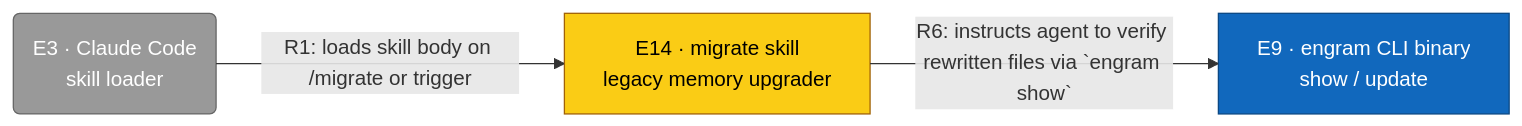
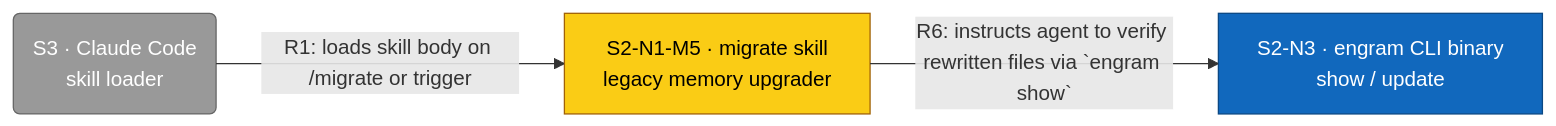
The diagram in architecture/c4/svg/c4-migrate-skill.mmd (toejough/engram), drawn with Mermaid before and after one commit. The commit also changed 41 other files, not shown here.

```diff
--- a/architecture/c4/svg/c4-migrate-skill.mmd
+++ b/architecture/c4/svg/c4-migrate-skill.mmd
@@ -1,18 +1,18 @@
 %%{init: {'flowchart': {'defaultRenderer': 'elk'}}}%%
 flowchart LR
     classDef person      fill:#08427b,stroke:#052e56,color:#fff
     classDef external    fill:#999,   stroke:#666,   color:#fff
     classDef container   fill:#1168bd,stroke:#0b4884,color:#fff
     classDef component   fill:#85bbf0,stroke:#5d9bd1,color:#000
     classDef focus       fill:#facc15,stroke:#a16207,color:#000
 
-    e14["E14 · migrate skill<br/>legacy memory upgrader"]
-    e3("E3 · Claude Code<br/>skill loader")
-    e9["E9 · engram CLI binary<br/>show / update"]
+    s2-n1-m5["S2-N1-M5 · migrate skill<br/>legacy memory upgrader"]
+    s3("S3 · Claude Code<br/>skill loader")
+    s2-n3["S2-N3 · engram CLI binary<br/>show / update"]
 
-    e3 -->|"R1: loads skill body on /migrate or trigger"| e14
-    e14 -->|"R6: instructs agent to verify rewritten files via `engram show`"| e9
+    s3 -->|"R1: loads skill body on /migrate or trigger"| s2-n1-m5
+    s2-n1-m5 -->|"R6: instructs agent to verify rewritten files via `engram show`"| s2-n3
 
-    class e3 external
-    class e9 container
-    class e14 focus
+    class s3 external
+    class s2-n3 container
+    class s2-n1-m5 focus
```
